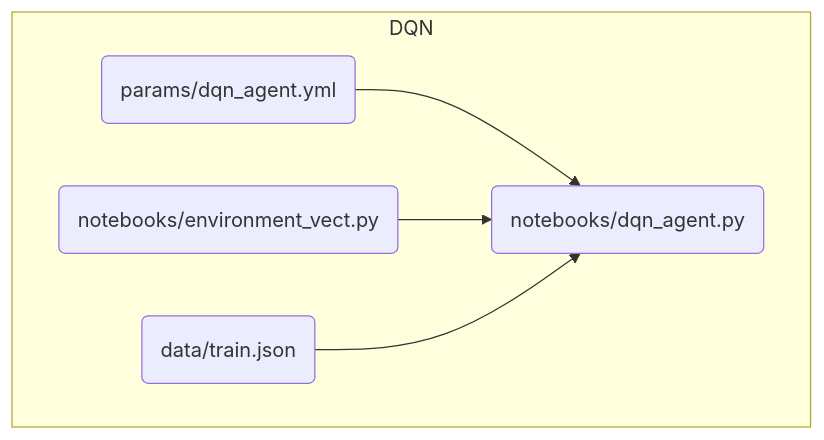
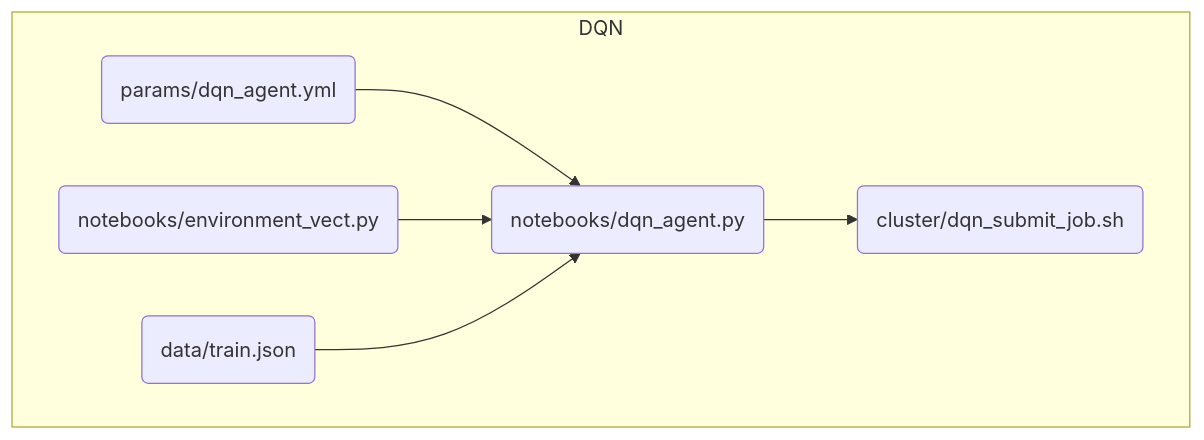
The third of 3 diagrams in README.md (LBrinkmann/reward-network-iii-algorithm), drawn with Mermaid before and after one commit. The commit also changed other lines of this file, not shown here.

````diff
--- a/README.md
+++ b/README.md
@@ -60,10 +61,12 @@
 ```mermaid
 
 flowchart TD
 
 subgraph DQN
 A(params/dqn_agent.yml) --> B(notebooks/dqn_agent.py)
 D(notebooks/environment_vect.py) --> B(notebooks/dqn_agent.py)
 C(data/train.json) --> B(notebooks/dqn_agent.py) 
+
+B(notebooks/dqn_agent.py) --> F(cluster/dqn_submit_job.sh)
 end
 ```
````
